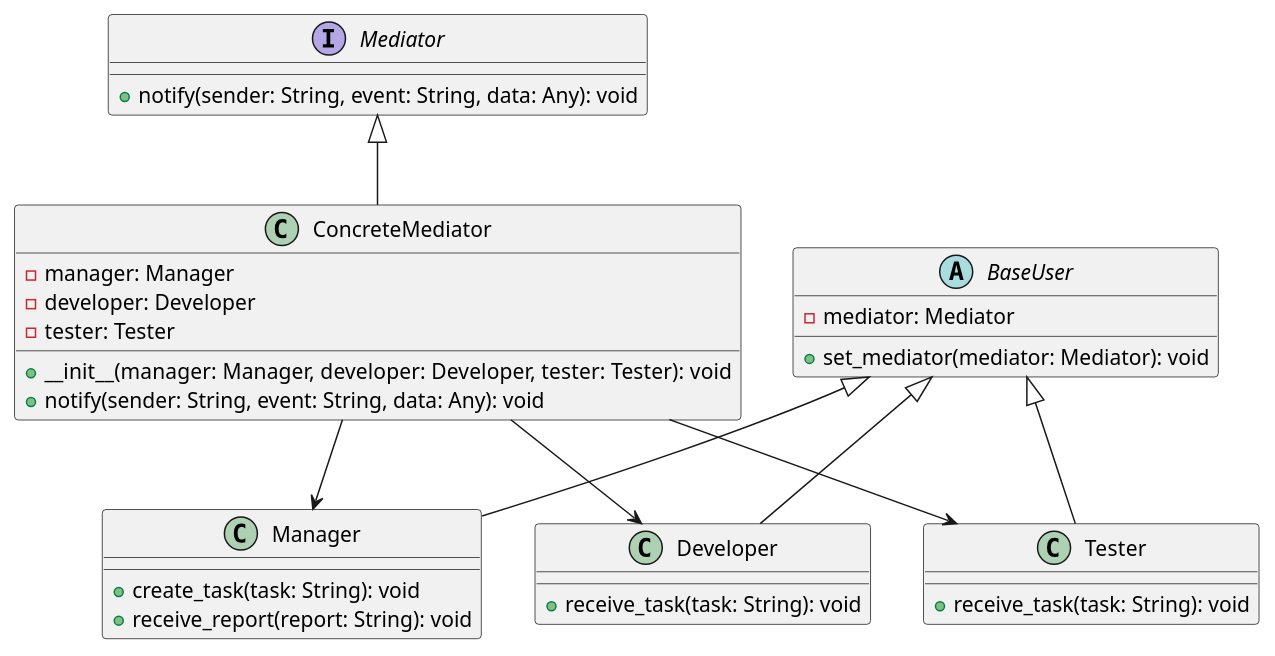
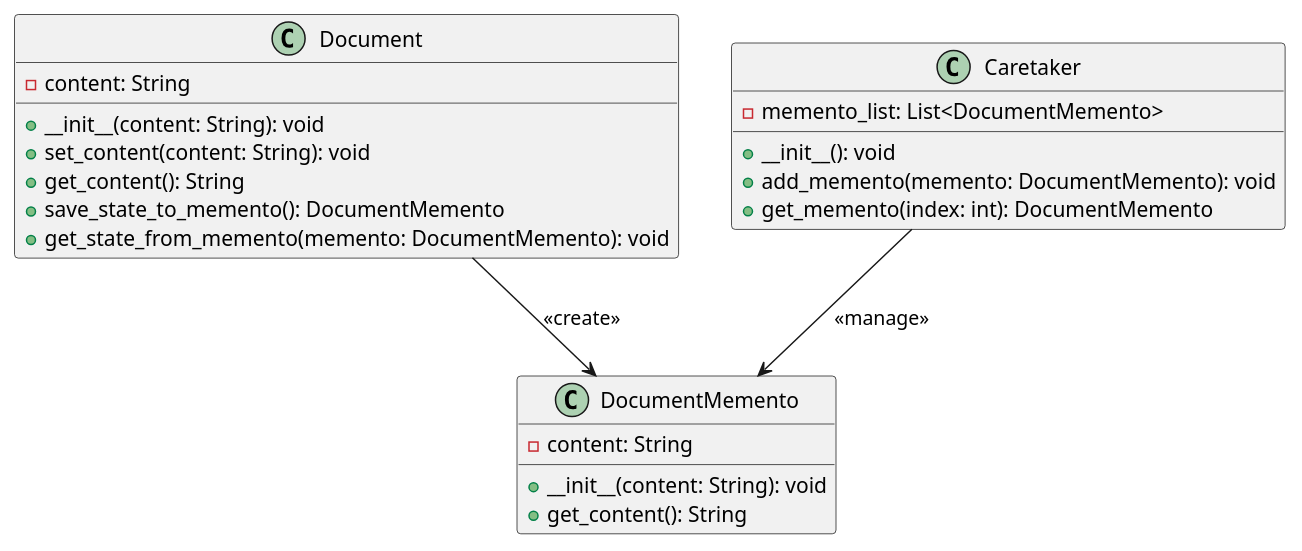
The diagram in klassifikaciya-patternov/povedencheskie-patterny-behavioral-patterns/mnemoniko-memento/primery/sistema-upravleniya-versiyami-dokumentov/python.md (andrewovchinnikov/design-patterns), drawn with PlantUML before and after one commit. The commit also changed other lines of this file and 115 other files, not shown here.

````diff
--- a/klassifikaciya-patternov/povedencheskie-patterny-behavioral-patterns/mnemoniko-memento/primery/sistema-upravleniya-versiyami-dokumentov/python.md
+++ b/klassifikaciya-patternov/povedencheskie-patterny-behavioral-patterns/mnemoniko-memento/primery/sistema-upravleniya-versiyami-dokumentov/python.md
@@ -129,41 +99,30 @@
 ```plantuml
 @startuml
-interface Mediator {
-    +notify(sender: String, event: String, data: Any): void
+
+class Document {
+    -content: String
+    +__init__(content: String): void
+    +set_content(content: String): void
+    +get_content(): String
+    +save_state_to_memento(): DocumentMemento
+    +get_state_from_memento(memento: DocumentMemento): void
 }
 
-class ConcreteMediator {
-    -manager: Manager
-    -developer: Developer
-    -tester: Tester
-    +__init__(manager: Manager, developer: Developer, tester: Tester): void
-    +notify(sender: String, event: String, data: Any): void
+class DocumentMemento {
+    -content: String
+    +__init__(content: String): void
+    +get_content(): String
 }
 
-abstract class BaseUser {
-    -mediator: Mediator
-    +set_mediator(mediator: Mediator): void
+class Caretaker {
+    -memento_list: List<DocumentMemento>
+    +__init__(): void
+    +add_memento(memento: DocumentMemento): void
+    +get_memento(index: int): DocumentMemento
 }
 
-class Manager {
-    +create_task(task: String): void
-    +receive_report(report: String): void
-}
+Document --> DocumentMemento: <<create>>
+Caretaker --> DocumentMemento: <<manage>>
 
-class Developer {
-    +receive_task(task: String): void
-}
-
-class Tester {
-    +receive_task(task: String): void
-}
-
-Mediator <|-- ConcreteMediator
-BaseUser <|-- Manager
-BaseUser <|-- Developer
-BaseUser <|-- Tester
-ConcreteMediator --> Manager
-ConcreteMediator --> Developer
-ConcreteMediator --> Tester
 @enduml
 ```
````
